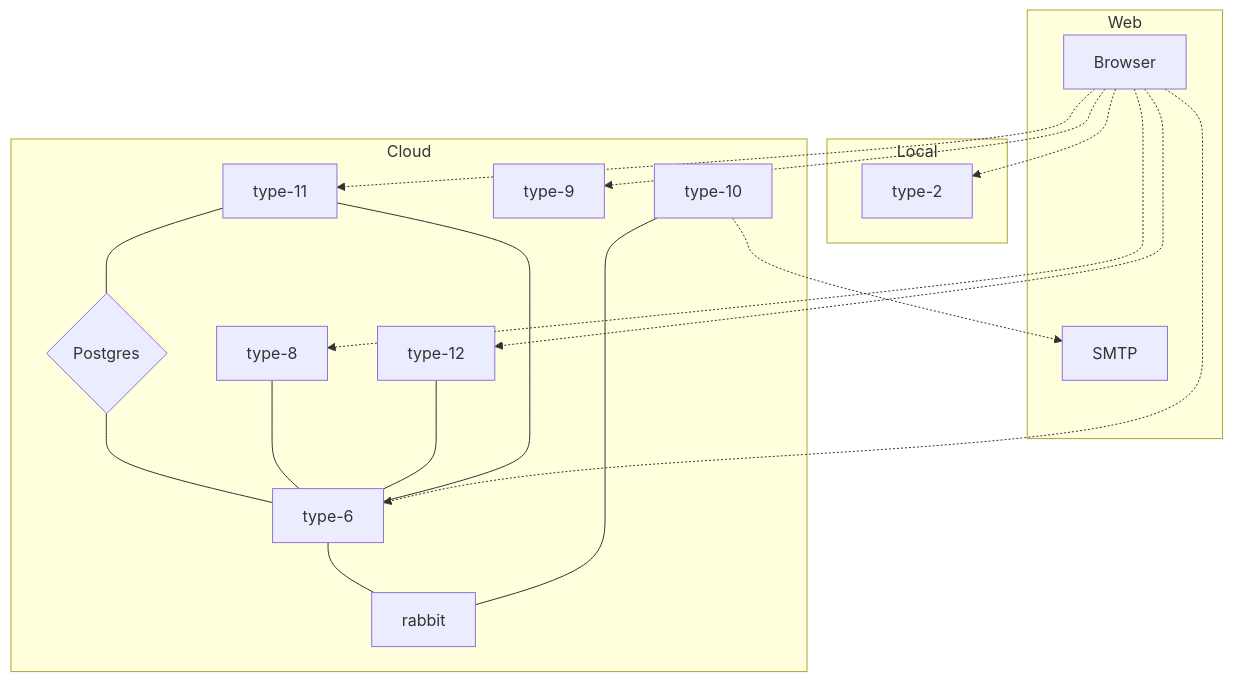
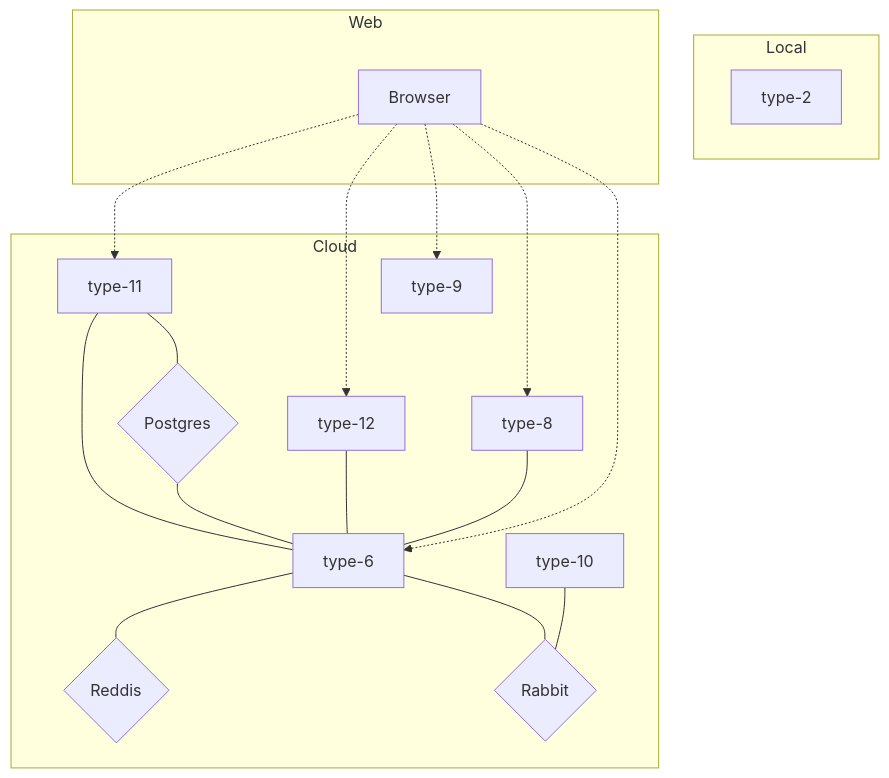
The diagram in Readme.md (timattt/TypeSixCloud), drawn with Mermaid before and after one commit.

````diff
--- a/Readme.md
+++ b/Readme.md
@@ -14,26 +14,25 @@
 ```mermaid
 graph TD;
  subgraph "Cloud"
-    di{Postgres} --- type-6;
+    postgres{Postgres} --- type-6;
     type-8 --- type-6;
-    type-6 --- rabbit;
-    type-10 --- rabbit;
+    type-6 --- rabbit{Rabbit};
+    type-10 --- rabbit{Rabbit};
     type-9;
     type-12 --- type-6;
-    type-11 --- di{Postgres};
+    type-11 --- postgres{Postgres};
     type-11 --- type-6;
+    type-6 --- reddis{Reddis};
  end
  subgraph "Local"
     type-2;
  end
  subgraph "Web"
    Browser -.-> type-6;
-   type-10 -.-> SMTP;
    Browser -.-> type-8;
-   Browser -.-> type-2;
    Browser -.-> type-9;
    Browser -.-> type-12;
    Browser -.-> type-11;
  end
 
 ```
````
